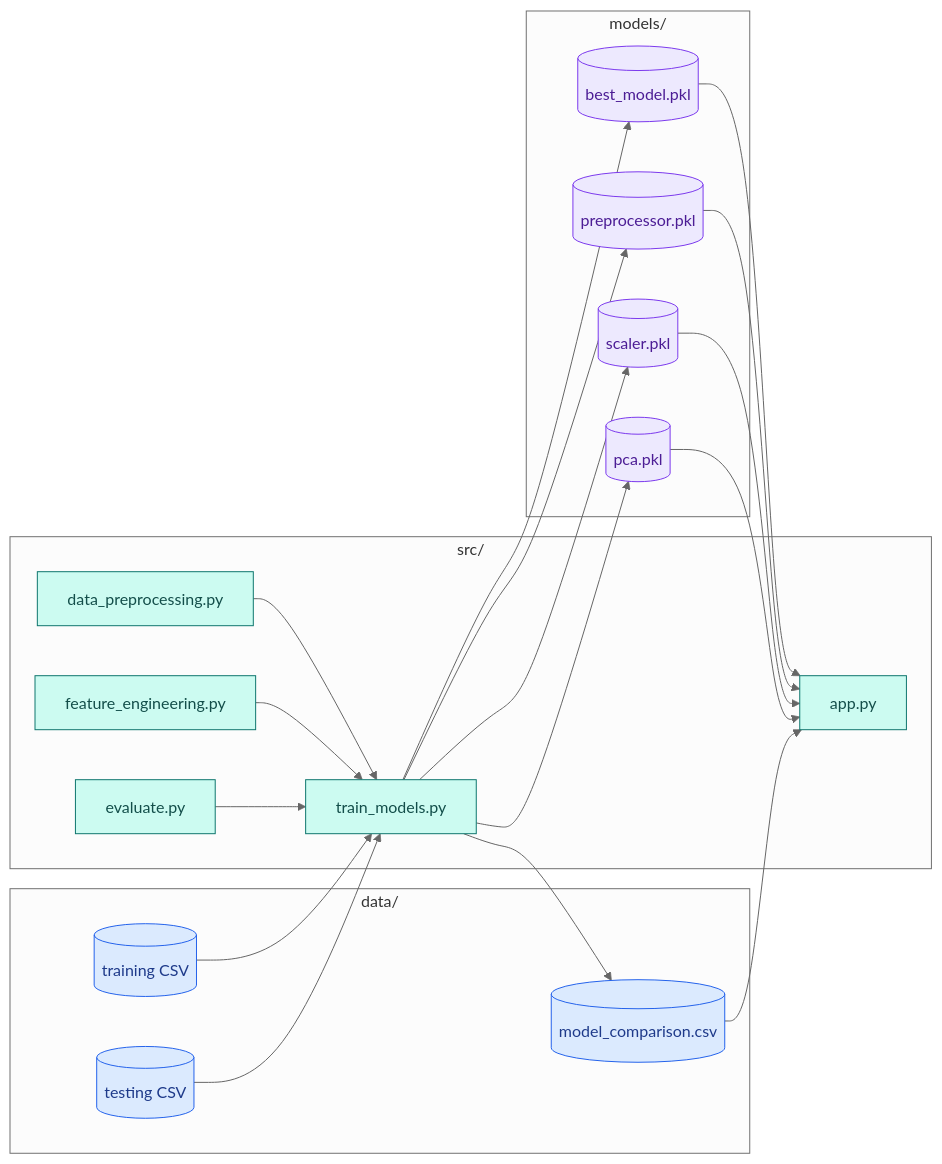
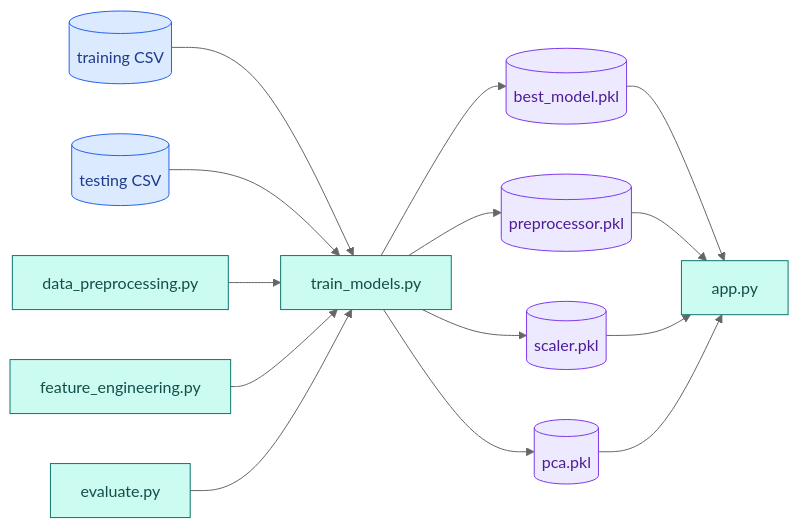
The fifth of 6 diagrams in README.md (Pratyay-Bera/network_intrusion_detection_upgrade), drawn with Mermaid (neutral theme) before and after one commit. The commit also changed other lines of this file and 6 other files, not shown here.

Commit message:
Rewrite README and refresh architecture diagrams

````diff
--- a/README.md
+++ b/README.md
@@ -575,47 +548,26 @@
 ```mermaid
 flowchart LR
-  classDef data fill:#dbeafe,stroke:#2563eb,color:#1e3a8a;
-  classDef process fill:#ccfbf1,stroke:#0f766e,color:#134e4a;
-  classDef model fill:#ede9fe,stroke:#7c3aed,color:#4c1d95;
+  classDef data fill:#DBEAFE,stroke:#2563EB,color:#1E3A8A;
+  classDef process fill:#CCFBF1,stroke:#0F766E,color:#134E4A;
+  classDef model fill:#EDE9FE,stroke:#7C3AED,color:#4C1D95;
 
-  subgraph SRC["src/"]
-    train["train_models.py"]
-    app["app.py"]
-    prepmod["data_preprocessing.py"]
-    featmod["feature_engineering.py"]
-    evalmod["evaluate.py"]
-  end
+  tr[(training CSV)] --> train[train_models.py]
+  te[(testing CSV)] --> train
+  dp[data_preprocessing.py] --> train
+  fe[feature_engineering.py] --> train
+  ev[evaluate.py] --> train
 
-  subgraph DATA["data/"]
-    tr[(training CSV)]
-    te[(testing CSV)]
-    cmp[(model_comparison.csv)]
-  end
+  train --> mb[(best_model.pkl)]
+  train --> mp[(preprocessor.pkl)]
+  train --> ms[(scaler.pkl)]
+  train --> mc[(pca.pkl)]
 
-  subgraph MOD["models/"]
-    bm[(best_model.pkl)]
-    pr[(preprocessor.pkl)]
-    sc[(scaler.pkl)]
-    pc[(pca.pkl)]
-  end
+  mb --> app[app.py]
+  mp --> app
+  ms --> app
+  mc --> app
 
-  tr --> train
-  te --> train
-  prepmod --> train
-  featmod --> train
-  evalmod --> train
-  train --> cmp
-  train --> bm
-  train --> pr
-  train --> sc
-  train --> pc
-  bm --> app
-  pr --> app
-  sc --> app
-  pc --> app
-  cmp --> app
-
-  class tr,te,cmp data;
-  class train,app,prepmod,featmod,evalmod process;
-  class bm,pr,sc,pc model;
+  class tr,te data;
+  class train,dp,fe,ev,app process;
+  class mb,mp,ms,mc model;
 ```
````
